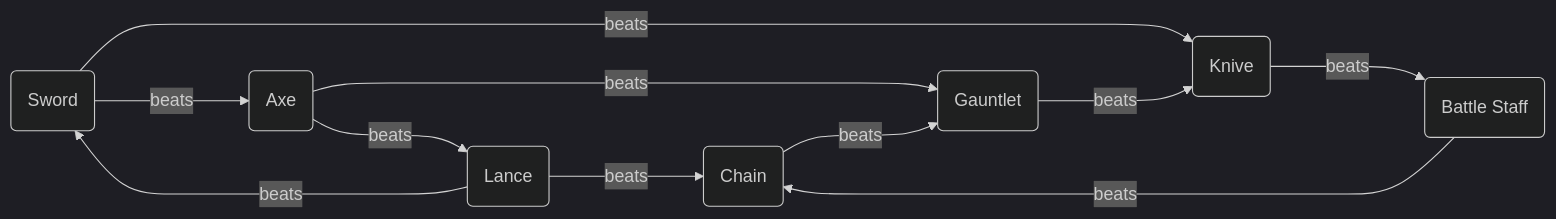
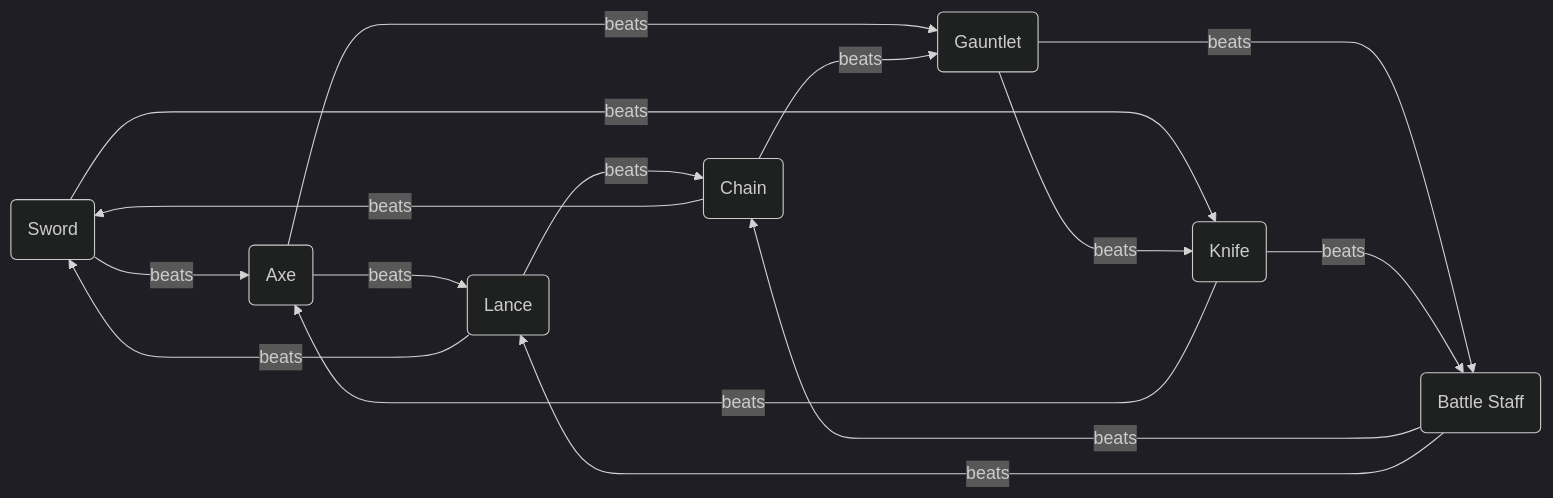
One commit to DonColon/vigilans-nexum-wiki changed the first of 2 diagrams in design/catalog/Weapons.md. Above: the diagram before and after it, drawn with Mermaid (dark theme). The commit also changed other lines of this file and 13 other files, not shown here.

````diff
--- a/design/catalog/Weapons.md
+++ b/design/catalog/Weapons.md
@@ -11,21 +11,25 @@
 ```mermaid
 flowchart LR
     sword(Sword)
     lance(Lance)
     axe(Axe)
-    knive(Knive)
+    knife(Knife)
     gauntlet(Gauntlet)
     chain(Chain)
     battle-staff(Battle Staff)
 
     sword--beats--->axe
-    sword--beats--->knive
+    sword--beats--->knife
     axe--beats--->lance
     axe--beats--->gauntlet
     lance--beats--->sword
     lance--beats--->chain
-    gauntlet--beats--->knive
-    knive--beats--->battle-staff
+    gauntlet--beats--->knife
+    gauntlet--beats--->battle-staff
+    knife--beats--->battle-staff
+    knife--beats--->axe
     battle-staff--beats--->chain
+    battle-staff--beats--->lance
     chain--beats--->gauntlet
+    chain--beats--->sword
 ```
````
